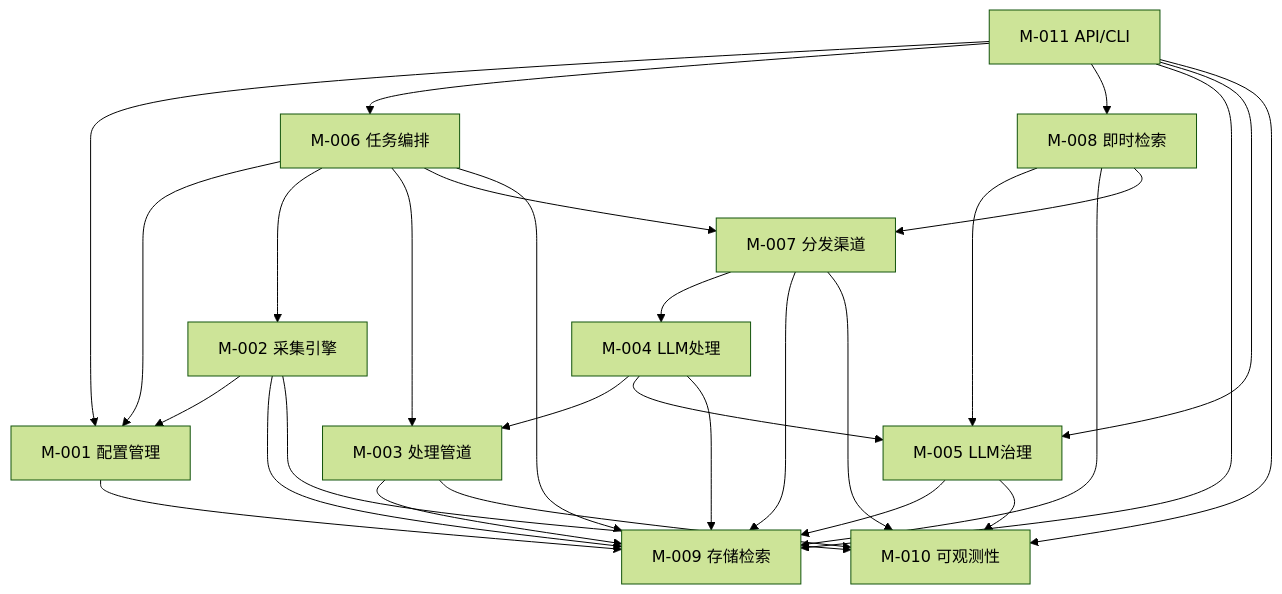
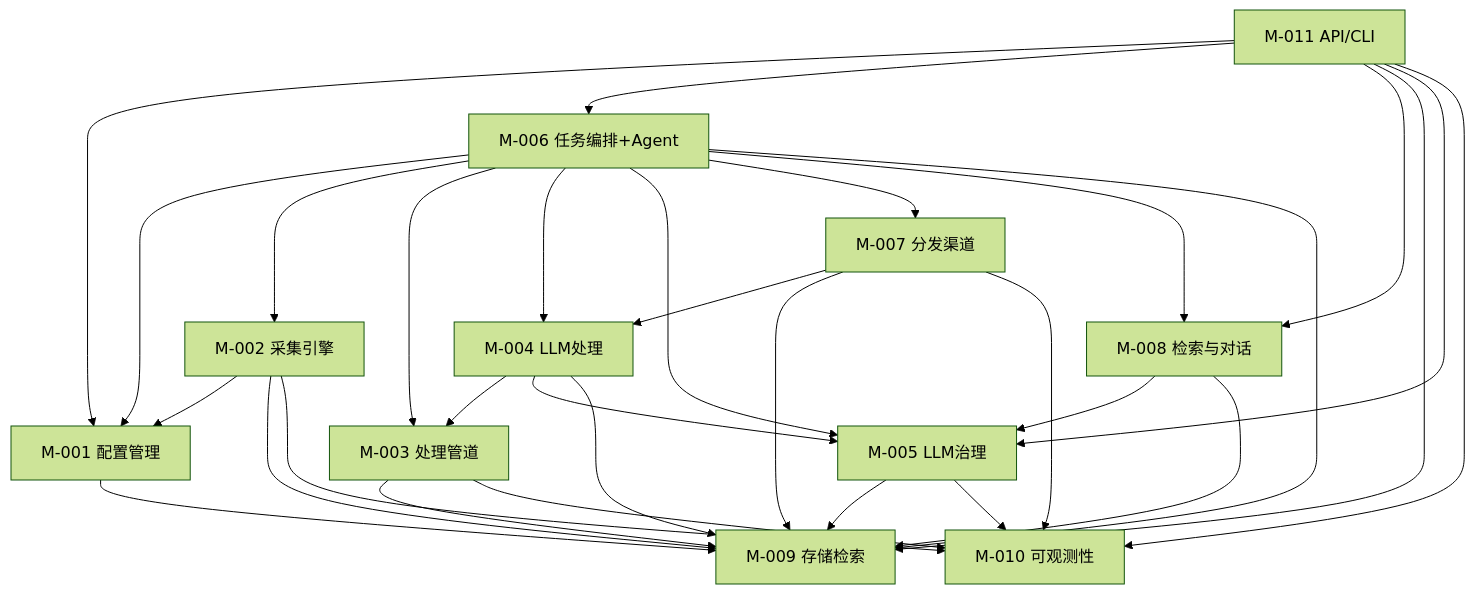
One commit to lync-cyber/intelli-source changed the diagram in docs/arch/arch-intellisource-v1-modules.md. Above: the diagram before and after it, drawn with Mermaid (forest theme). The commit also changed other lines of this file and 8 other files, not shown here.

First line of the commit message:
refactor: unify agent dispatch architecture, remove sentiment analysis

````diff
--- a/docs/arch/arch-intellisource-v1-modules.md
+++ b/docs/arch/arch-intellisource-v1-modules.md
@@ -167,39 +176,41 @@
 ```mermaid
 graph TD
     M011[M-011 API/CLI] --> M001[M-001 配置管理]
-    M011 --> M006[M-006 任务编排]
-    M011 --> M008[M-008 即时检索]
+    M011 --> M006[M-006 任务编排+Agent]
+    M011 --> M008[M-008 检索与对话]
     M011 --> M009[M-009 存储检索]
     M011 --> M005[M-005 LLM治理]
     M011 --> M010[M-010 可观测性]
 
     M006 --> M001
     M006 --> M002[M-002 采集引擎]
     M006 --> M003[M-003 处理管道]
+    M006 --> M004[M-004 LLM处理]
+    M006 --> M005
     M006 --> M007[M-007 分发渠道]
+    M006 --> M008
     M006 --> M009
 
     M002 --> M001
     M002 --> M009
     M002 --> M010
 
     M003 --> M009
     M003 --> M010
 
-    M004[M-004 LLM处理] --> M003
+    M004 --> M003
     M004 --> M005
     M004 --> M009
 
     M005 --> M009
     M005 --> M010
 
     M007 --> M004
     M007 --> M009
     M007 --> M010
 
     M008 --> M005
     M008 --> M009
-    M008 --> M007
 
     M001 --> M009
 ```
````
